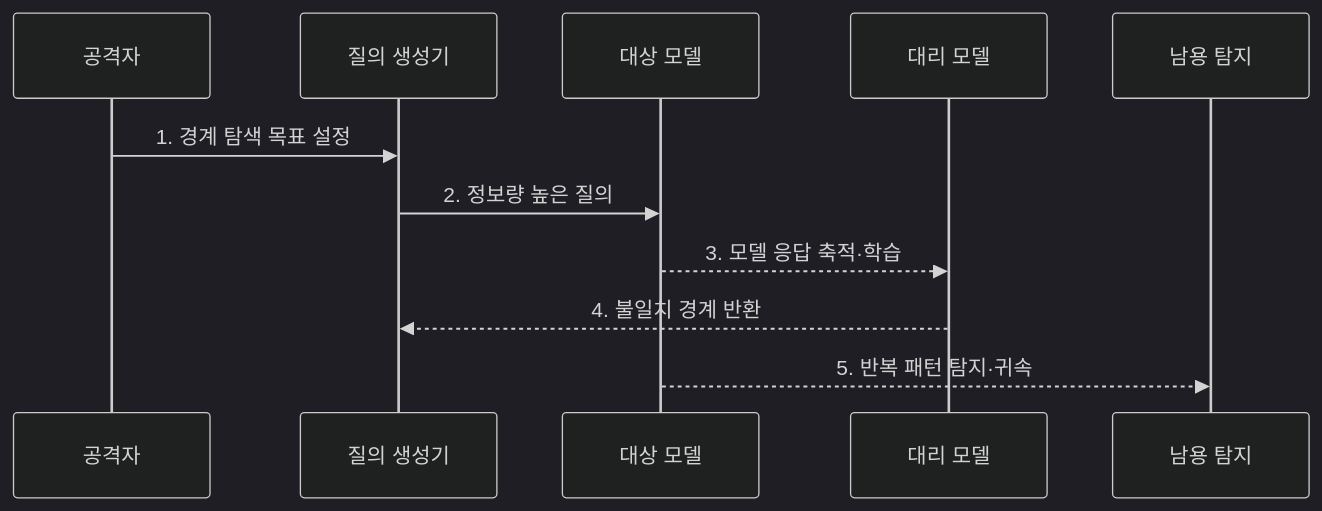
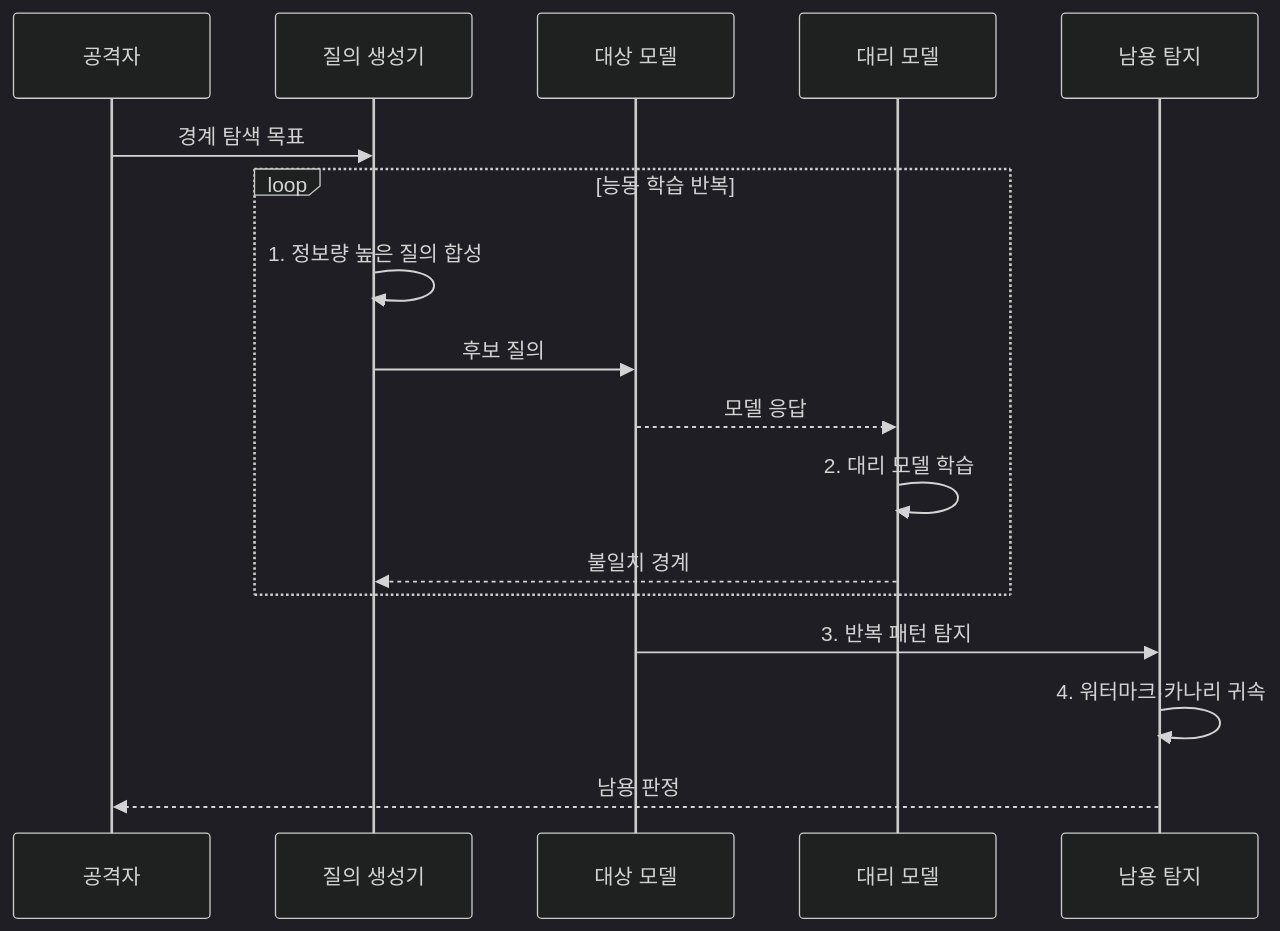
The second of 2 diagrams in src/content/docs/notes/05-security/083_model_extraction_attack.md (agnusdei1207/knowledge-base), drawn with Mermaid (dark theme) before and after one commit. The commit also changed other lines of this file and 20 other files, not shown here.

````diff
--- a/src/content/docs/notes/05-security/083_model_extraction_attack.md
+++ b/src/content/docs/notes/05-security/083_model_extraction_attack.md
@@ -87,13 +88,19 @@
 ```mermaid
 sequenceDiagram
     participant A as 공격자
     participant Q as 질의 생성기
     participant M as 대상 모델
     participant S as 대리 모델
     participant D as 남용 탐지
-    A->>Q: 1. 경계 탐색 목표 설정
-    Q->>M: 2. 정보량 높은 질의
-    M-->>S: 3. 모델 응답 축적·학습
-    S-->>Q: 4. 불일치 경계 반환
-    M-->>D: 5. 반복 패턴 탐지·귀속
+    A->>Q: 경계 탐색 목표
+    loop 능동 학습 반복
+        Q->>Q: 1. 정보량 높은 질의 합성
+        Q->>M: 후보 질의
+        M-->>S: 모델 응답
+        S->>S: 2. 대리 모델 학습
+        S-->>Q: 불일치 경계
+    end
+    M->>D: 3. 반복 패턴 탐지
+    D->>D: 4. 워터마크·카나리 귀속
+    D-->>A: 남용 판정
 ```
````
